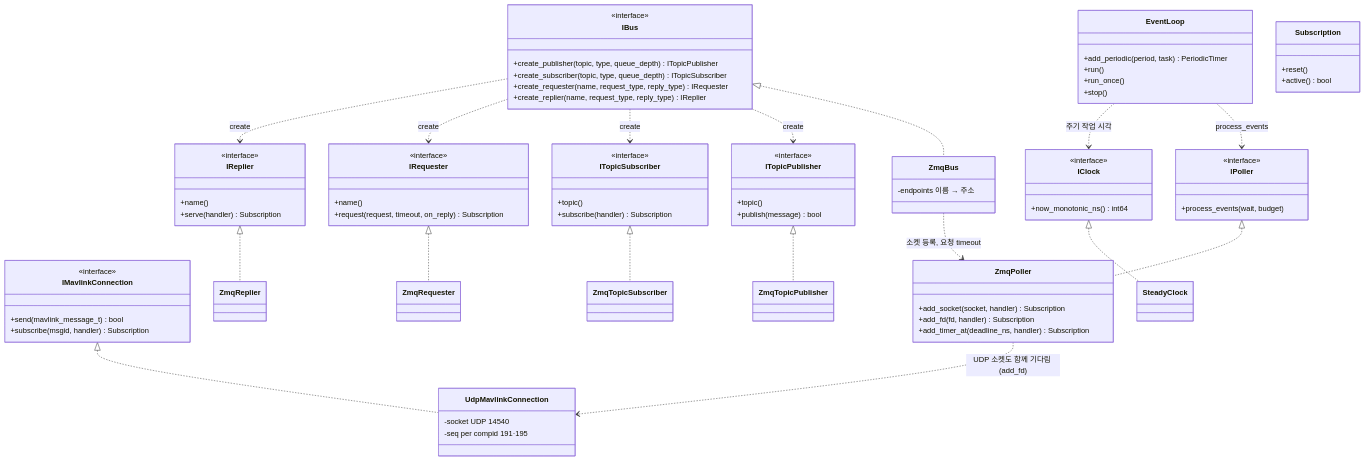
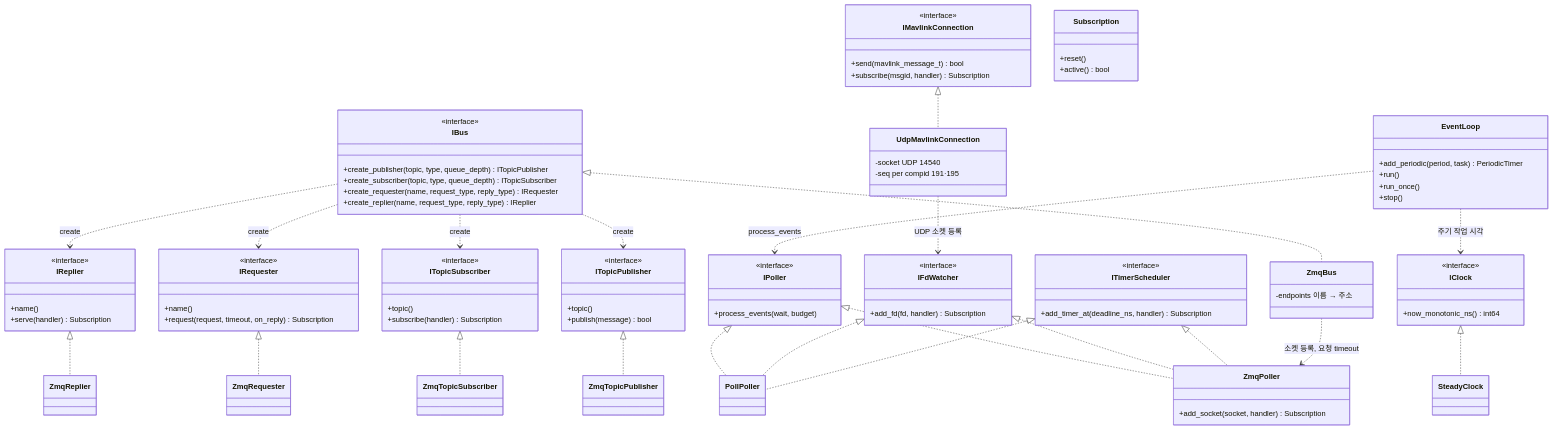
Before and after one commit to lig-argus/argus-edge-vision: the first of 3 diagrams in docs/design/uml/class_mavlink_gateway.md, drawn with Mermaid. The commit also changed other lines of this file and 8 other files, not shown here.

First line of the commit message:
feat(onboard): core 에 ITimerScheduler 와 poll() 기반 PollPoller 추가 (#100)

````diff
--- a/docs/design/uml/class_mavlink_gateway.md
+++ b/docs/design/uml/class_mavlink_gateway.md
@@ -63,11 +63,18 @@
         <<interface>>
         +process_events(wait, budget)
     }
+    class IFdWatcher {
+        <<interface>>
+        +add_fd(fd, handler) Subscription
+    }
+    class ITimerScheduler {
+        <<interface>>
+        +add_timer_at(deadline_ns, handler) Subscription
+    }
     class ZmqPoller {
         +add_socket(socket, handler) Subscription
-        +add_fd(fd, handler) Subscription
-        +add_timer_at(deadline_ns, handler) Subscription
     }
+    class PollPoller
     class EventLoop {
         +add_periodic(period, task) PeriodicTimer
         +run()
@@ -91,8 +98,13 @@
     IReplier <|.. ZmqReplier
     IClock <|.. SteadyClock
     IPoller <|.. ZmqPoller
+    IFdWatcher <|.. ZmqPoller
+    ITimerScheduler <|.. ZmqPoller
+    IPoller <|.. PollPoller
+    IFdWatcher <|.. PollPoller
+    ITimerScheduler <|.. PollPoller
     EventLoop ..> IPoller : process_events
     EventLoop ..> IClock : 주기 작업 시각
-    ZmqPoller ..> UdpMavlinkConnection : UDP 소켓도 함께 기다림 (add_fd)
+    UdpMavlinkConnection ..> IFdWatcher : UDP 소켓 등록
     ZmqBus ..> ZmqPoller : 소켓 등록, 요청 timeout
 ```
````
